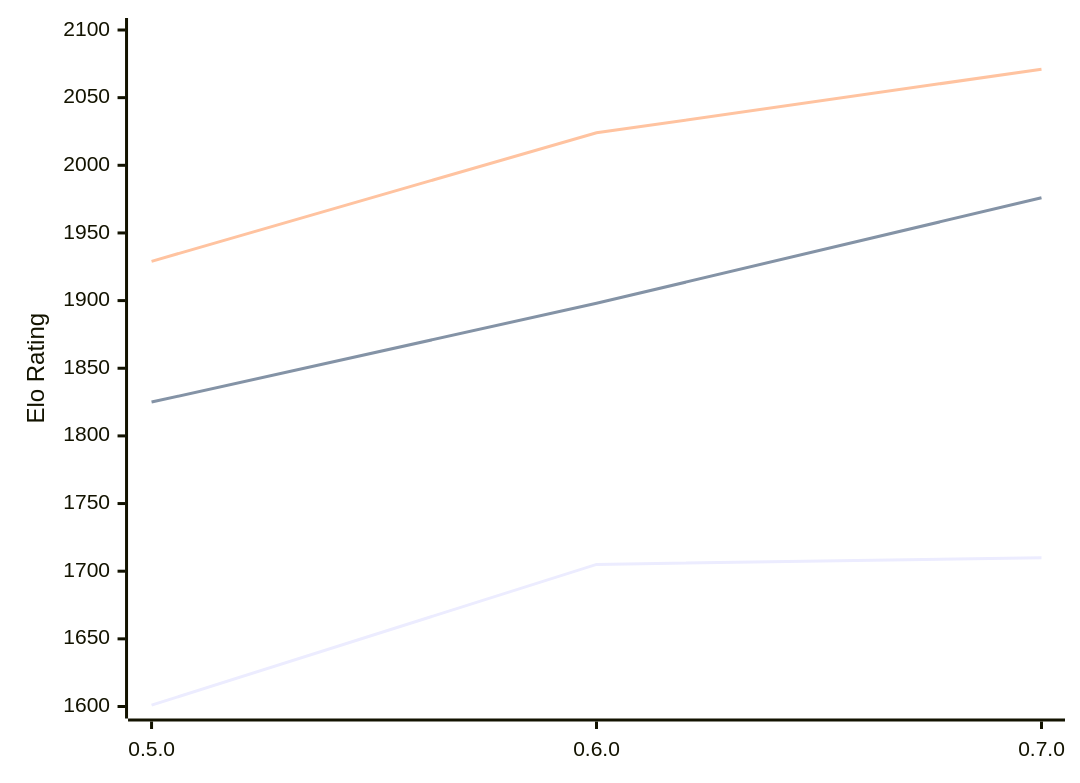
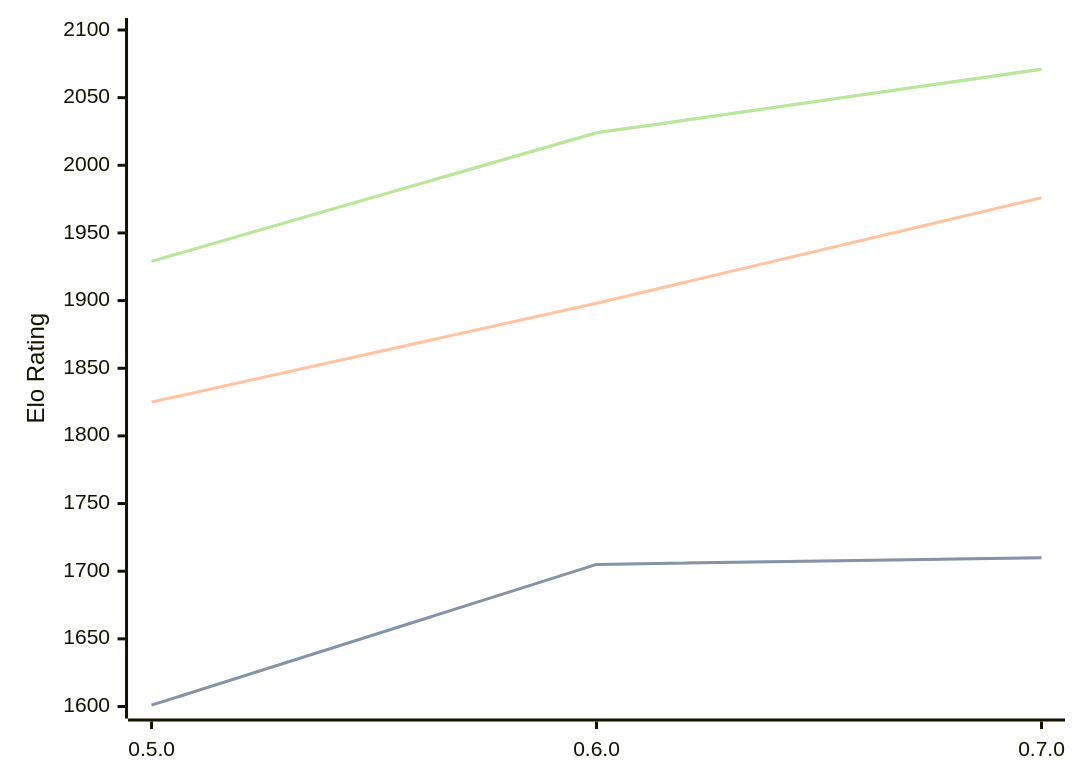
One commit to computer-chess-index/cci changed the diagram in engines/Chess-rs.md. Above: the diagram before and after it, drawn with Mermaid. The commit also changed other lines of this file, not shown here.

Commit message:
Update CCI Ratings (ELO VLTC) - 2026-02-13

````diff
--- a/engines/Chess-rs.md
+++ b/engines/Chess-rs.md
@@ -38,9 +38,11 @@
 ```mermaid
 %%{init: {"theme":"base","themeVariables":{"seriesColors:['#a3a3a3','#222221','#faa371']}}}%%
 xychart-beta
   x-axis ["0.5.0", "0.6.0", "0.7.0"]
   y-axis "Elo Rating" 1600 --> 2100
   line "STC (8.0+0.08s)" [1601, 1705, 1710]
+  line "STC (8.0+0.08s)" [1601, 1705, 1710]
   line "LTC (60.0+0.60s)" [1825, 1898, 1976]
   line "VLTC (2m24s+1.12s)" [1929, 2024, 2071]
+  line "VLTC (2m24s+1.12s)" [1929, 2024, 2071]
 ```
````
